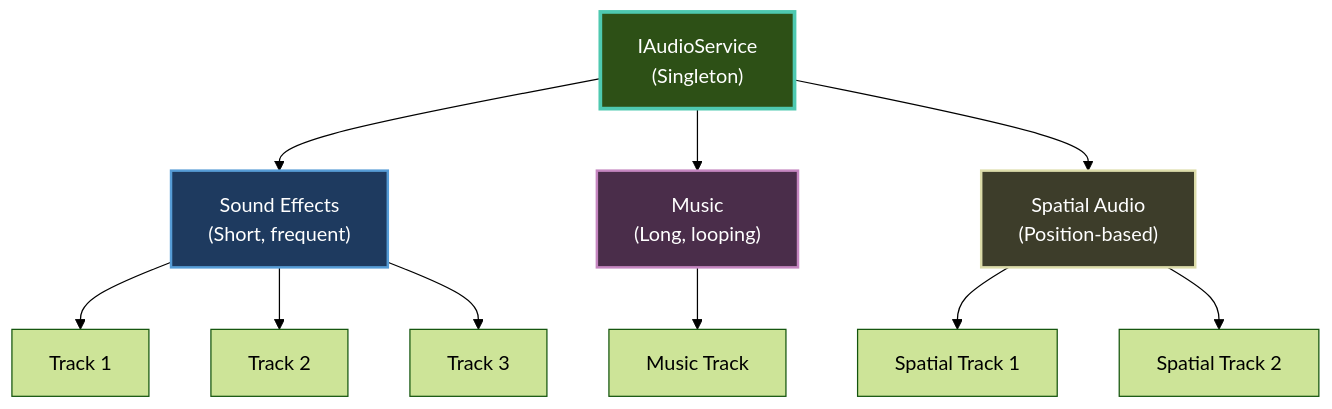
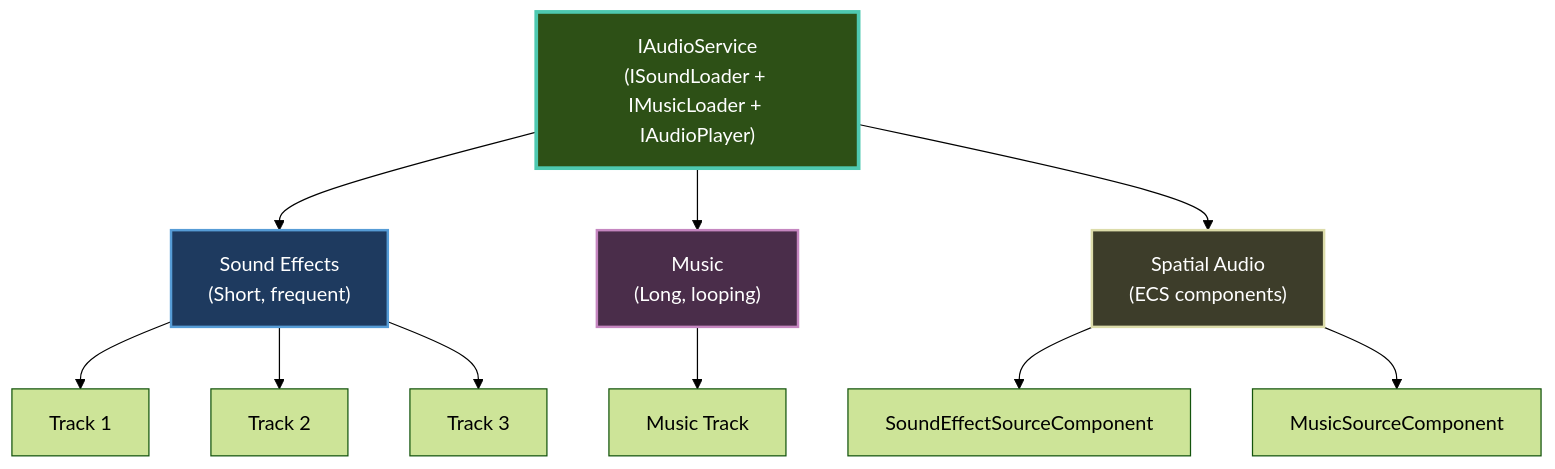
One commit to CrazyPickleStudios/Brine2D-Documentation changed the diagram in docs/audio/index.md. Above: the diagram before and after it, drawn with Mermaid (forest theme). The commit also changed other lines of this file and 4 other files, not shown here.

````diff
--- a/docs/audio/index.md
+++ b/docs/audio/index.md
@@ -104,26 +101,26 @@
 ```mermaid
 graph TB
-    AS["IAudioService<br/>(Singleton)"]
-    
+    AS["IAudioService<br/>(ISoundLoader + IMusicLoader + IAudioPlayer)"]
+
     SE["Sound Effects<br/>(Short, frequent)"]
     M["Music<br/>(Long, looping)"]
-    SA["Spatial Audio<br/>(Position-based)"]
-    
+    SA["Spatial Audio<br/>(ECS components)"]
+
     AS --> SE
     AS --> M
     AS --> SA
-    
+
     SE --> T1["Track 1"]
     SE --> T2["Track 2"]
     SE --> T3["Track 3"]
-    
+
     M --> MT["Music Track"]
-    
-    SA --> ST1["Spatial Track 1"]
-    SA --> ST2["Spatial Track 2"]
-    
+
+    SA --> ST1["SoundEffectSourceComponent"]
+    SA --> ST2["MusicSourceComponent"]
+
     style AS fill:#2d5016,stroke:#4ec9b0,stroke-width:3px,color:#fff
     style SE fill:#1e3a5f,stroke:#569cd6,stroke-width:2px,color:#fff
     style M fill:#4a2d4a,stroke:#c586c0,stroke-width:2px,color:#fff
     style SA fill:#3d3d2a,stroke:#dcdcaa,stroke-width:2px,color:#fff
 ```
````
